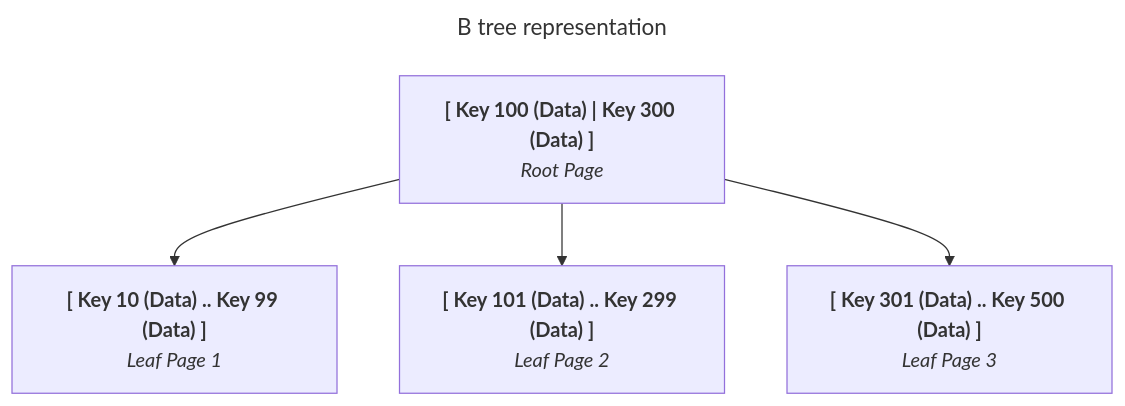
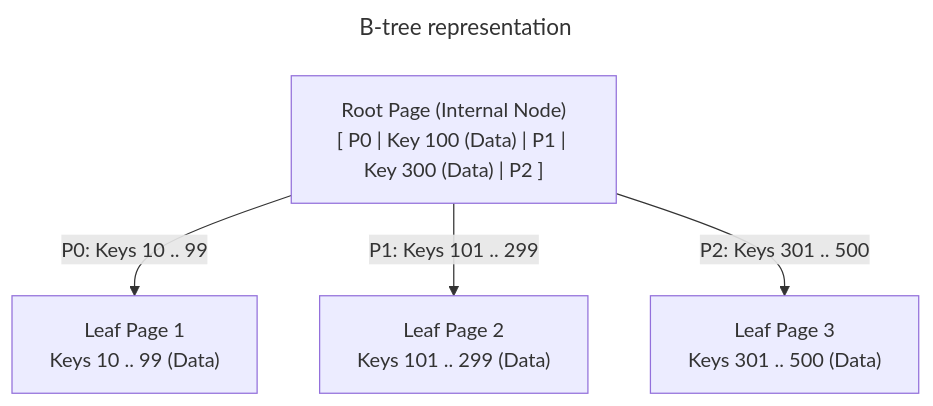
One commit to VineethChivukula/dedocs changed the first of 4 diagrams in content/sql/indexing-internals.md. Above: the diagram before and after it, drawn with Mermaid. The commit also changed other lines of this file and 1 other file, not shown here.

Commit message:
Diagrams Enhancement

````diff
--- a/content/sql/indexing-internals.md
+++ b/content/sql/indexing-internals.md
@@ -22,18 +22,15 @@
 ```mermaid
 ---
-title: B tree representation
+title: B-tree representation
 ---
-graph TD
-    %% Root Node storing Keys AND Data Pointers
-    Root["<b>[ Key 100 (Data) | Key 300 (Data) ]</b><br/><i>Root Page</i>"]:::root
+flowchart TD
+    Root["Root Page (Internal Node)<br/>[ P0 | Key 100 (Data) | P1 | Key 300 (Data) | P2 ]"]
 
-    %% Leaf Nodes storing non-overlapping Keys and Data
-    Leaf1["<b>[ Key 10 (Data) .. Key 99 (Data) ]</b><br/><i>Leaf Page 1</i>"]:::leaf
-    Leaf2["<b>[ Key 101 (Data) .. Key 299 (Data) ]</b><br/><i>Leaf Page 2</i>"]:::leaf
-    Leaf3["<b>[ Key 301 (Data) .. Key 500 (Data) ]</b><br/><i>Leaf Page 3</i>"]:::leaf
+    Leaf1["Leaf Page 1<br/>Keys 10 .. 99 (Data)"]
+    Leaf2["Leaf Page 2<br/>Keys 101 .. 299 (Data)"]
+    Leaf3["Leaf Page 3<br/>Keys 301 .. 500 (Data)"]
 
-    %% Parent to Child Routing (Strict Inequalities)
-    Root --> Leaf1
-    Root --> Leaf2
-    Root --> Leaf3
+    Root -->|"P0: Keys 10 .. 99"| Leaf1
+    Root -->|"P1: Keys 101 .. 299"| Leaf2
+    Root -->|"P2: Keys 301 .. 500"| Leaf3
 ```
````
